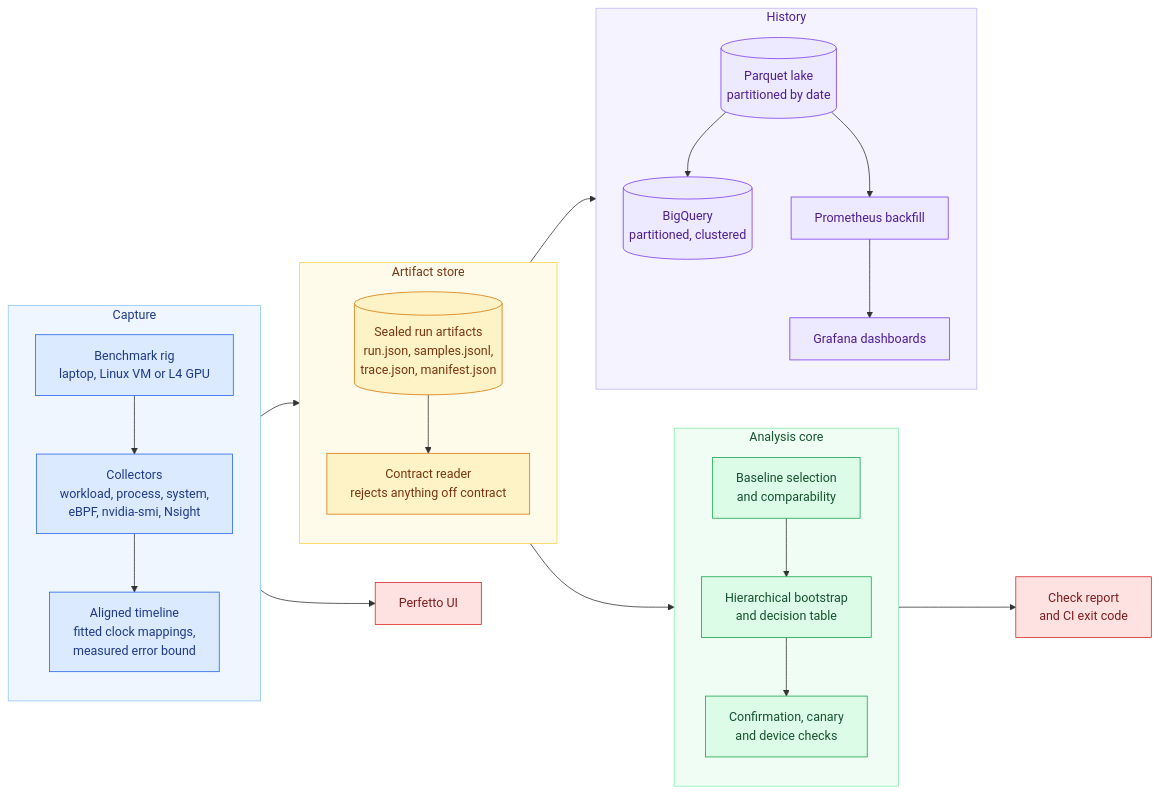
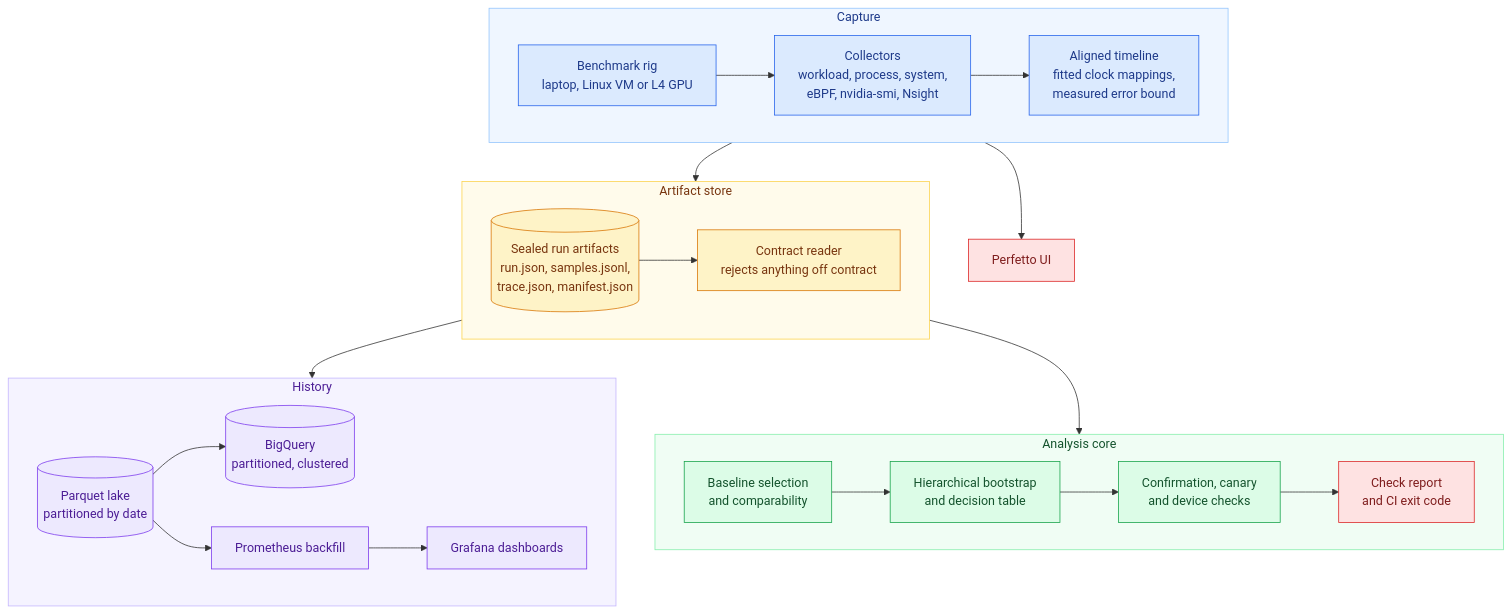
Before and after one commit to rajeev-chaurasia/tracelab: the first of 3 diagrams in README.md, drawn with Mermaid. The commit also changed other lines of this file, not shown here.

Commit message:
Stack the diagrams so they stay legible at the width GitHub renders them

````diff
--- a/README.md
+++ b/README.md
@@ -54,59 +54,44 @@
 ```mermaid
-flowchart LR
+flowchart TB
     subgraph capture["Capture"]
-        direction TB
-        rig["Benchmark rig<br/>laptop, Linux VM or L4 GPU"]
-        collectors["Collectors<br/>workload, process, system,<br/>eBPF, nvidia-smi, Nsight"]
-        timeline["Aligned timeline<br/>fitted clock mappings,<br/>measured error bound"]
-        rig --> collectors --> timeline
+        direction LR
+        rig["Benchmark rig<br/>laptop, Linux VM or L4 GPU"] --> collectors["Collectors<br/>workload, process, system,<br/>eBPF, nvidia-smi, Nsight"] --> timeline["Aligned timeline<br/>fitted clock mappings,<br/>measured error bound"]
     end
 
     subgraph store["Artifact store"]
-        direction TB
-        artifact[("Sealed run artifacts<br/>run.json, samples.jsonl,<br/>trace.json, manifest.json")]
-        reader["Contract reader<br/>rejects anything off contract"]
-        artifact --> reader
+        direction LR
+        artifact[("Sealed run artifacts<br/>run.json, samples.jsonl,<br/>trace.json, manifest.json")] --> reader["Contract reader<br/>rejects anything off contract"]
     end
 
     subgraph analysis["Analysis core"]
-        direction TB
-        baseline["Baseline selection<br/>and comparability"]
-        engine["Hierarchical bootstrap<br/>and decision table"]
-        gates["Confirmation, canary<br/>and device checks"]
-        baseline --> engine --> gates
+        direction LR
+        baseline["Baseline selection<br/>and comparability"] --> engine["Hierarchical bootstrap<br/>and decision table"] --> gates["Confirmation, canary<br/>and device checks"] --> report["Check report<br/>and CI exit code"]
     end
 
     subgraph history["History"]
-        direction TB
-        lake[("Parquet lake<br/>partitioned by date")]
-        bq[("BigQuery<br/>partitioned, clustered")]
-        prom["Prometheus backfill"]
-        grafana["Grafana dashboards"]
-        lake --> bq
-        lake --> prom --> grafana
+        direction LR
+        lake[("Parquet lake<br/>partitioned by date")] --> bq[("BigQuery<br/>partitioned, clustered")]
+        lake --> prom["Prometheus backfill"] --> grafana["Grafana dashboards"]
     end
 
-    report["Check report<br/>and CI exit code"]
     perfetto["Perfetto UI"]
-
     timeline --> artifact
+    timeline --> perfetto
     reader --> baseline
-    gates --> report
     reader --> lake
-    timeline --> perfetto
 
     classDef cap fill:#dbeafe,stroke:#2563eb,color:#1e3a8a
     classDef sto fill:#fef3c7,stroke:#d97706,color:#78350f
     classDef ana fill:#dcfce7,stroke:#16a34a,color:#14532d
     classDef his fill:#ede9fe,stroke:#7c3aed,color:#4c1d95
     classDef out fill:#fee2e2,stroke:#dc2626,color:#7f1d1d
     class rig,collectors,timeline cap
     class artifact,reader sto
     class baseline,engine,gates ana
     class lake,bq,prom,grafana his
     class report,perfetto out
     style capture fill:#eff6ff,stroke:#93c5fd,color:#1e3a8a
     style store fill:#fffbeb,stroke:#fcd34d,color:#78350f
     style analysis fill:#f0fdf4,stroke:#86efac,color:#14532d
     style history fill:#f5f3ff,stroke:#c4b5fd,color:#4c1d95
 ```
````
